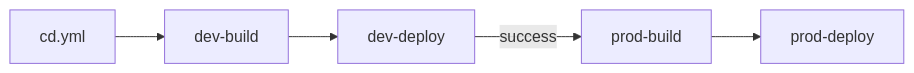
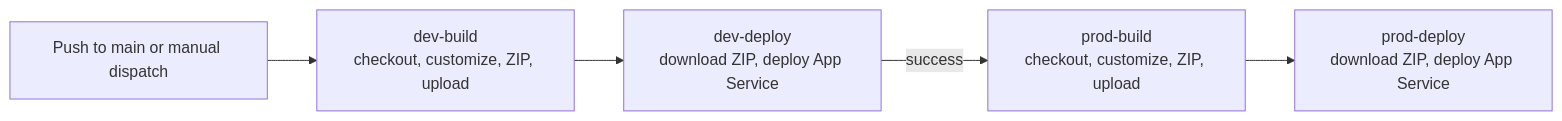
One commit to afira312/dtap-automation changed the third of 3 diagrams in README.md. Above: the diagram before and after it, drawn with Mermaid. The commit also changed other lines of this file and 7 other files, not shown here.

````diff
--- a/README.md
+++ b/README.md
@@ -91,7 +148,8 @@
 ```mermaid
 flowchart LR
-    CD[cd.yml] --> DB[dev-build]
-    DB --> DD[dev-deploy]
-    DD -->|success| PB[prod-build]
-    PB --> PD[prod-deploy]
+    START[Push to main or manual dispatch]
+    START --> DB["dev-build<br/>checkout, customize, ZIP, upload"]
+    DB --> DD["dev-deploy<br/>download ZIP, deploy App Service"]
+    DD -->|success| PB["prod-build<br/>checkout, customize, ZIP, upload"]
+    PB --> PD["prod-deploy<br/>download ZIP, deploy App Service"]
 ```
````
